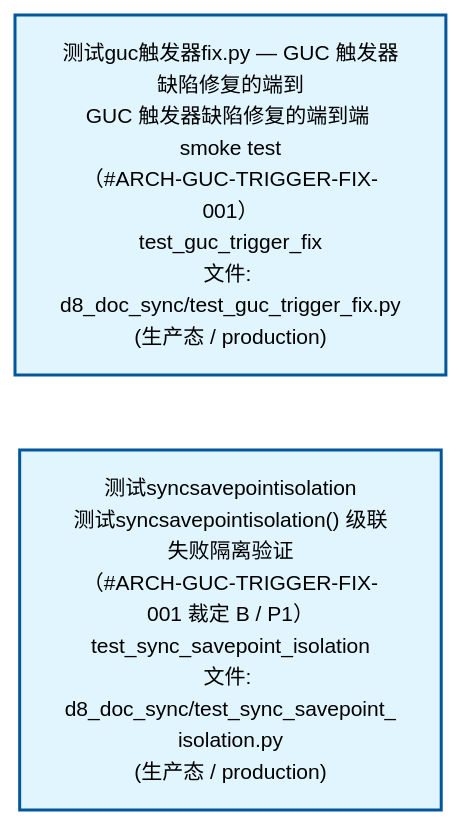
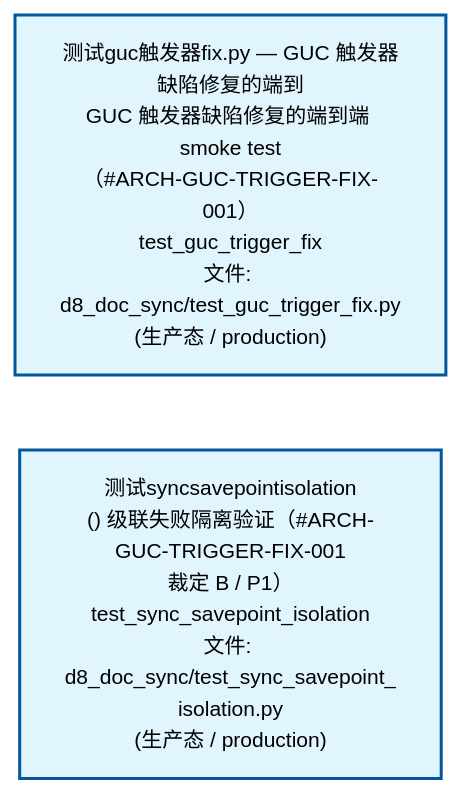
One commit to xuanFelixVan/ZephyrAlpha changed the second of 4 diagrams in docs/02_enterprise_architecture/02_domain_architecture_docs/51_d_gov_docs.md. Above: the diagram before and after it, drawn with Mermaid. The commit also changed other lines of this file and 60 other files, not shown here.

````diff
--- a/docs/02_enterprise_architecture/02_domain_architecture_docs/51_d_gov_docs.md
+++ b/docs/02_enterprise_architecture/02_domain_architecture_docs/51_d_gov_docs.md
@@ -124,12 +124,12 @@
 ```mermaid
 %%{init: {'theme': 'base', 'themeVariables': {'primaryColor': '#eaeaea', 'primaryTextColor': '#333333', 'primaryBorderColor': '#666666', 'lineColor': '#666666', 'secondaryColor': '#eaeaea', 'tertiaryColor': '#eaeaea', 'fontSize': '14px'}}}%%
 flowchart TD
     tests_governance_d8_doc_sync_test_guc_trigger_fix_py["测试guc触发器fix.py — GUC 触发器缺陷修复的端到<br/>GUC 触发器缺陷修复的端到端 smoke test<br/>（#ARCH-GUC-TRIGGER-FIX-001）<br/>test_guc_trigger_fix<br/>文件: d8_doc_sync/test_guc_trigger_fix.py<br/>(生产态 / production)"]
-    tests_governance_d8_doc_sync_test_sync_savepoint_isolation_py["测试syncsavepointisolation<br/>测试syncsavepointisolation() 级联失败隔离验证<br/>（#ARCH-GUC-TRIGGER-FIX-001 裁定 B / P1）<br/>test_sync_savepoint_isolation<br/>文件: d8_doc_sync/test_sync_savepoint_<br/>isolation.py<br/>(生产态 / production)"]
+    tests_governance_d8_doc_sync_test_sync_savepoint_isolation_py["测试syncsavepointisolation<br/>() 级联失败隔离验证（#ARCH-GUC-TRIGGER-FIX-001<br/>裁定 B / P1）<br/>test_sync_savepoint_isolation<br/>文件: d8_doc_sync/test_sync_savepoint_<br/>isolation.py<br/>(生产态 / production)"]
     tests_governance_d8_doc_sync_test_guc_trigger_fix_py ~~~ tests_governance_d8_doc_sync_test_sync_savepoint_isolation_py
     classDef production fill:#e1f5fe,stroke:#01579b,stroke-width:2px,color:#000
     classDef design fill:#fff3e0,stroke:#e65100,stroke-width:2px,color:#000,stroke-dasharray: 5 5
     classDef external_prod fill:#e8f4fd,stroke:#0277bd,stroke-width:1px,color:#000
     classDef external_design fill:#fff8e7,stroke:#ef6c00,stroke-width:1px,color:#000,stroke-dasharray: 5 5
     class tests_governance_d8_doc_sync_test_guc_trigger_fix_py,tests_governance_d8_doc_sync_test_sync_savepoint_isolation_py production
 ```
````
